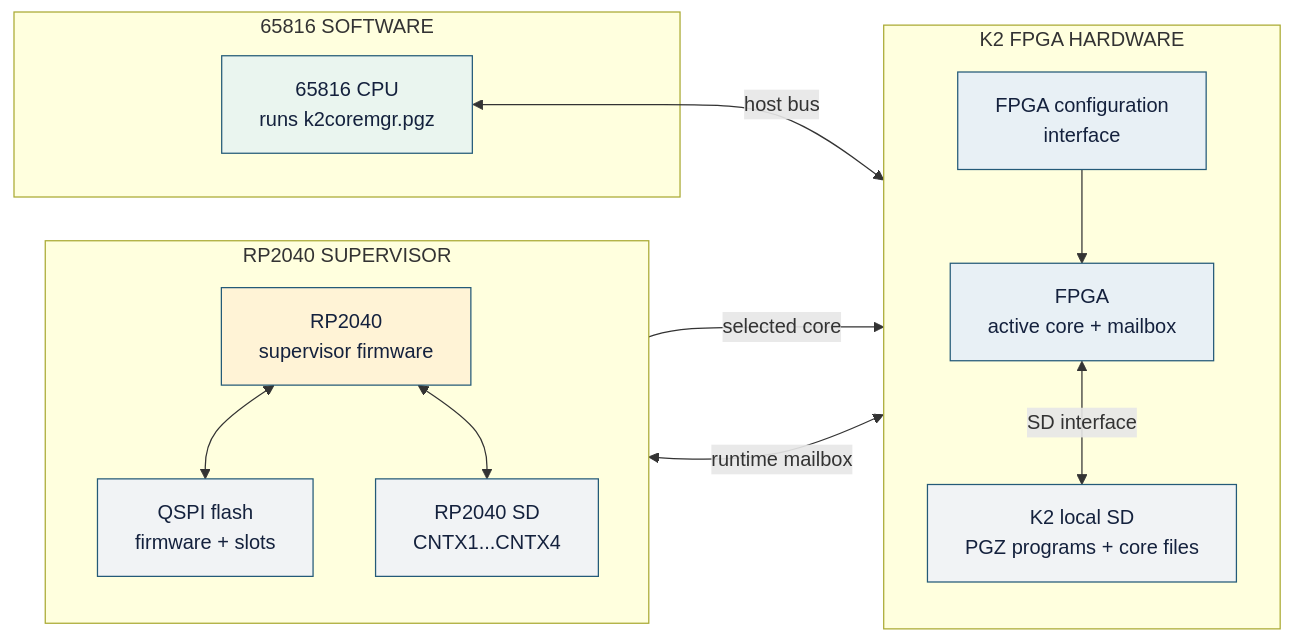
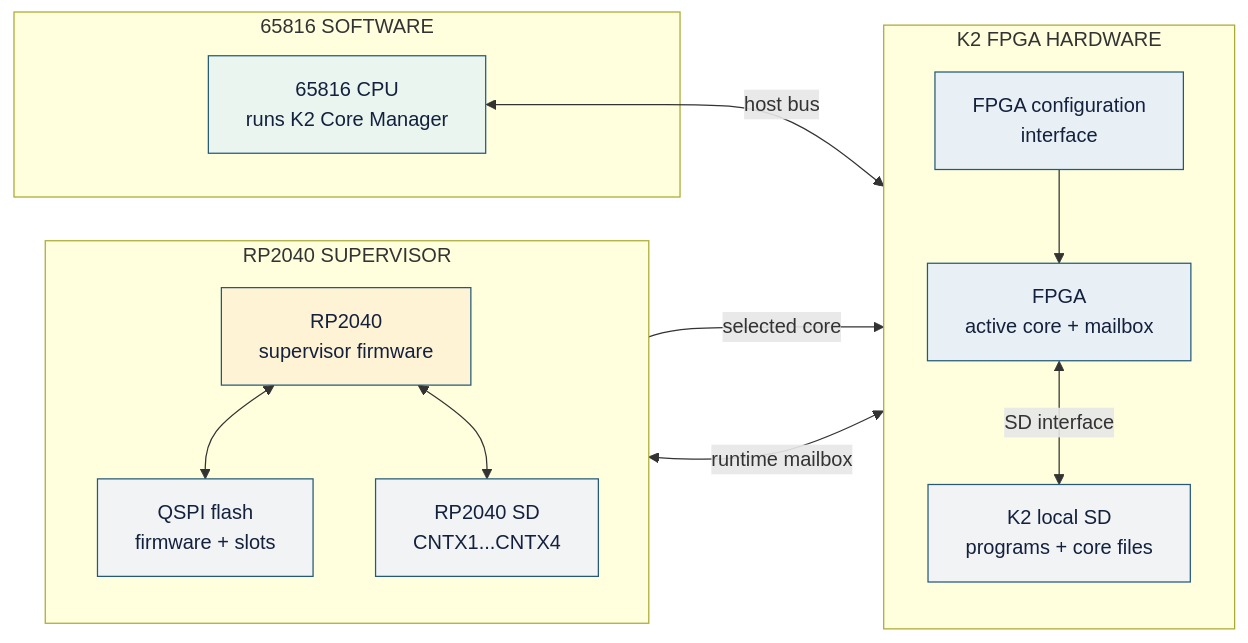
The diagram in release/README.md (wildbitscomputing/fpga-manager), drawn with Mermaid before and after one commit. The commit also changed other lines of this file and 6 other files, not shown here.

First line of the commit message:
feat: add K2 Core Manager KUP build and clarify hardware guides (#18)

````diff
--- a/release/README.md
+++ b/release/README.md
@@ -37,37 +126,37 @@
 ```mermaid
 flowchart LR
     subgraph CPU_DOMAIN["65816 SOFTWARE"]
-        CPU["65816 CPU<br/>runs k2coremgr.pgz"]
+        CPU["65816 CPU<br/>runs K2 Core Manager"]
     end
 
     subgraph FPGA_DOMAIN["K2 FPGA HARDWARE"]
         direction TB
         FPGA["FPGA<br/>active core + mailbox"]
         CONFIG["FPGA configuration<br/>interface"]
-        K2SD["K2 local SD<br/>PGZ programs + core files"]
+        K2SD["K2 local SD<br/>programs + core files"]
         CONFIG --> FPGA
         FPGA <-->|SD interface| K2SD
     end
 
     subgraph RP_DOMAIN["RP2040 SUPERVISOR"]
         direction TB
         RP["RP2040<br/>supervisor firmware"]
         FLASH["QSPI flash<br/>firmware + slots"]
         RPSD["RP2040 SD<br/>CNTX1...CNTX4"]
         RP <--> FLASH
         RP <--> RPSD
     end
 
     CPU <-->|host bus| FPGA
     FPGA <-->|runtime mailbox| RP
     RP -->|selected core| CONFIG
 
     classDef software fill:#eaf5ef,stroke:#245a78,color:#14213d
     classDef hardware fill:#e8f0f5,stroke:#245a78,color:#14213d
     classDef supervisor fill:#fff3d6,stroke:#245a78,color:#14213d
     classDef storage fill:#f1f3f5,stroke:#245a78,color:#14213d
     class CPU software
     class FPGA,CONFIG hardware
     class RP supervisor
     class K2SD,FLASH,RPSD storage
 ```
````
